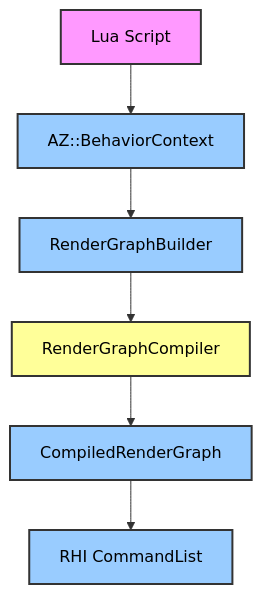
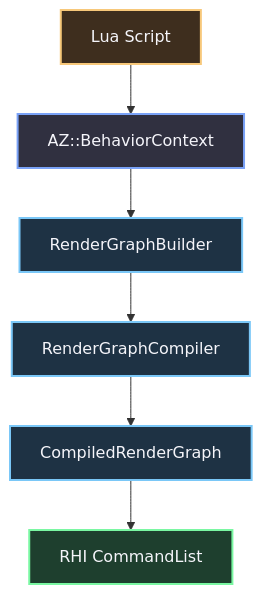
Before and after one commit to Astin-A/the-workshop: the third of 4 diagrams in content/Engine shit/O3DE/Atomic/2 The Render Graph & Scripting Architecture.md, drawn with Mermaid. The commit also changed other lines of this file and 24 other files, not shown here.

````diff
--- a/content/Engine shit/O3DE/Atomic/2 The Render Graph & Scripting Architecture.md
+++ b/content/Engine shit/O3DE/Atomic/2 The Render Graph & Scripting Architecture.md
@@ -292,15 +297,19 @@
 ```mermaid
 graph TD
     A[Lua Script] --> B[AZ::BehaviorContext]
     B --> C[RenderGraphBuilder]
     C --> D[RenderGraphCompiler]
     D --> E[CompiledRenderGraph]
     E --> F[RHI CommandList]
 
-    style A fill:#f9f,stroke:#333,stroke-width:2px,color:#000
-    style B fill:#9cf,stroke:#333,stroke-width:2px,color:#000
-    style C fill:#9cf,stroke:#333,stroke-width:2px,color:#000
-    style D fill:#ff9,stroke:#333,stroke-width:2px,color:#000
-    style E fill:#9cf,stroke:#333,stroke-width:2px,color:#000
-    style F fill:#9cf,stroke:#333,stroke-width:2px,color:#000
+    classDef default fill:#303040,stroke:#7aa2f7,stroke-width:2px,color:#f5f5fa;
+    classDef warning fill:#3e2e1e,stroke:#f7c87a,stroke-width:2px,color:#f5f5fa;
+    classDef info fill:#1e3244,stroke:#7ac7f7,stroke-width:2px,color:#f5f5fa;
+    classDef success fill:#1e3f2e,stroke:#7af7a2,stroke-width:2px,color:#f5f5fa;
+
+    class A warning;
+    class B default;
+    class C,D info;
+    class E info;
+    class F success;
 ```
````
